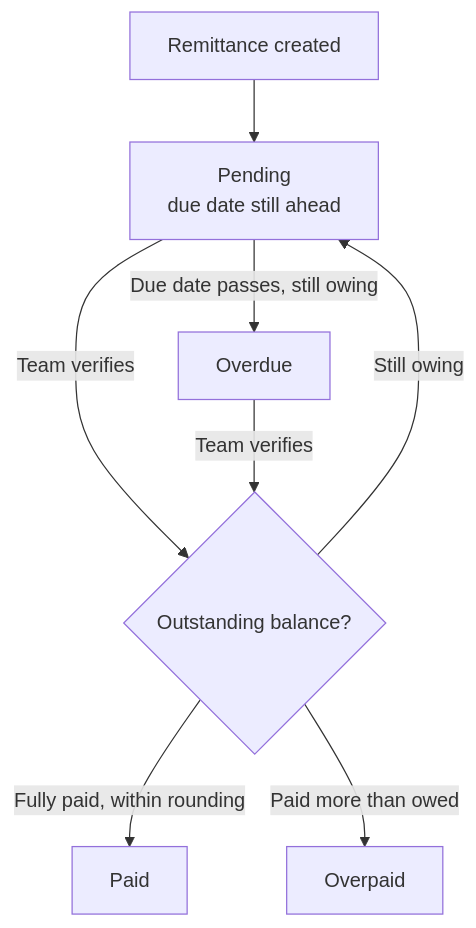
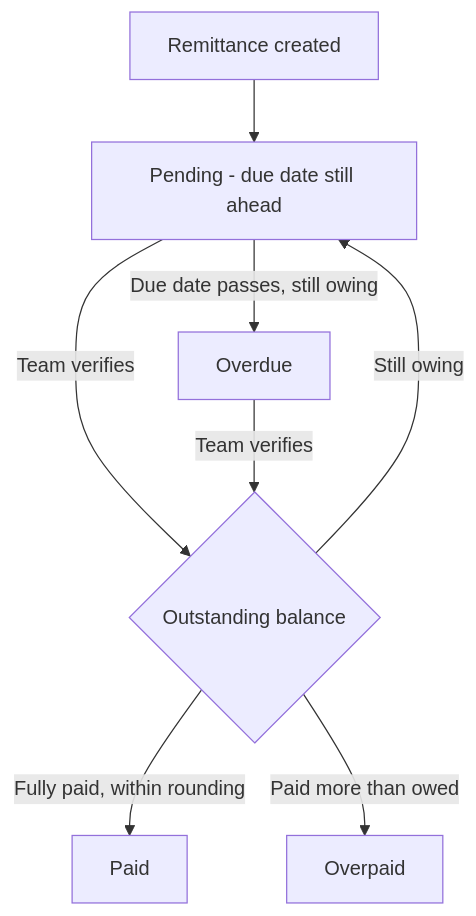
The fourth of 5 diagrams in docs/user_guides/capital_calls_user_guide.md (sampadadiwan/IRM_CompanyMain), drawn with Mermaid before and after one commit. The commit also changed other lines of this file, not shown here.

````diff
--- a/docs/user_guides/capital_calls_user_guide.md
+++ b/docs/user_guides/capital_calls_user_guide.md
@@ -326,10 +326,10 @@
 ```mermaid
 flowchart TD
-    A[Remittance created] --> B[Pending<br/>due date still ahead]
+    A[Remittance created] --> B[Pending - due date still ahead]
     B -->|Due date passes, still owing| C[Overdue]
-    B -->|Team verifies| D{Outstanding balance?}
+    B -->|Team verifies| D{Outstanding balance}
     C -->|Team verifies| D
     D -->|Fully paid, within rounding| E[Paid]
     D -->|Paid more than owed| F[Overpaid]
     D -->|Still owing| B
 ```
````
